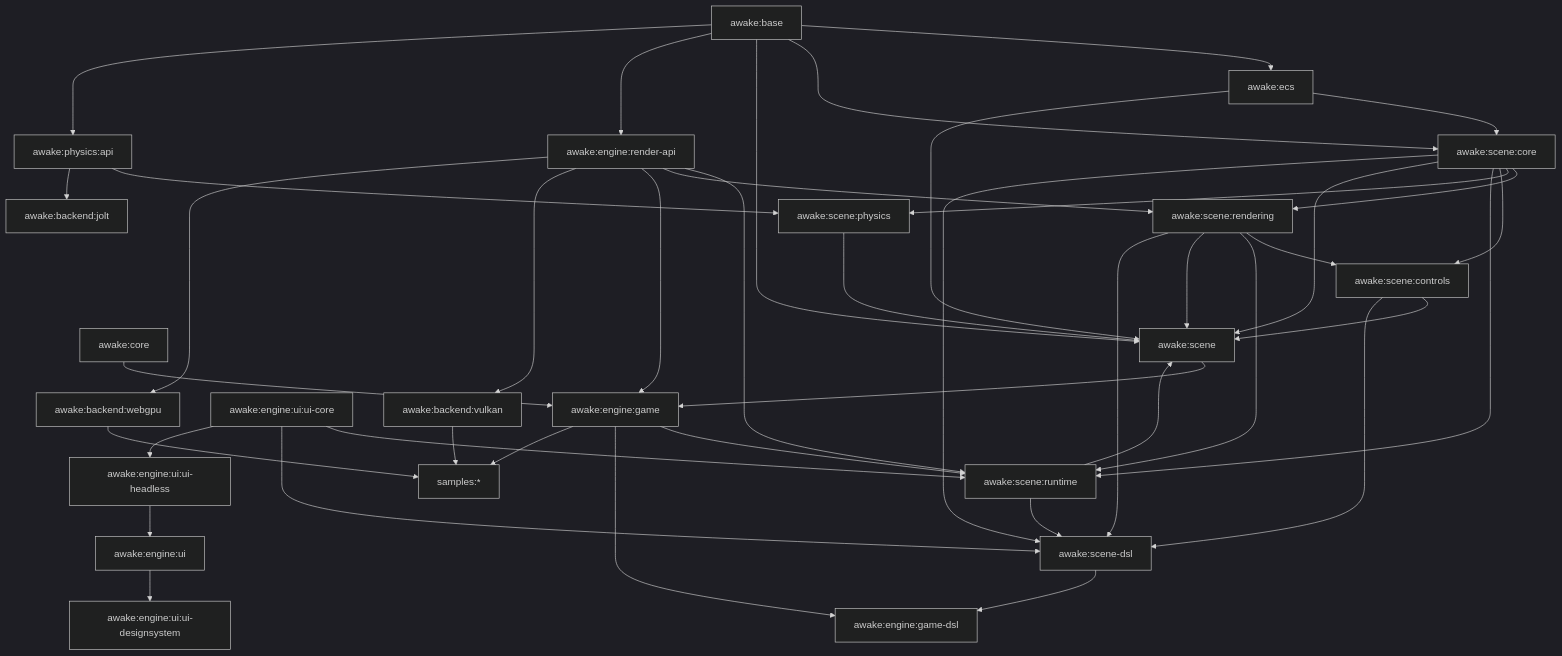
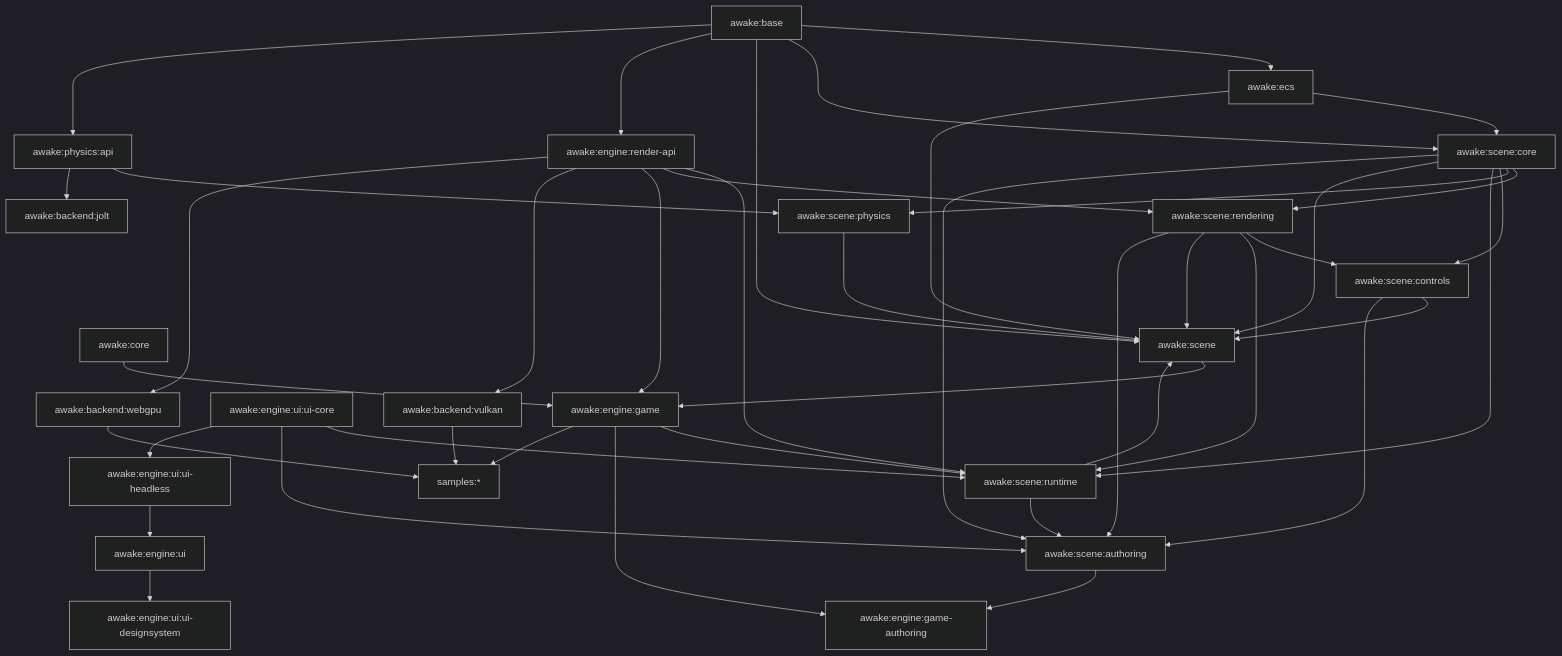
Before and after one commit to awakekt/awake: the diagram in docs/architecture.md, drawn with Mermaid (dark theme). The commit also changed other lines of this file and 1081 other files, not shown here.

````diff
--- a/docs/architecture.md
+++ b/docs/architecture.md
@@ -18,68 +18,68 @@
 ```mermaid
 flowchart TD
     base["awake:base"]
     core["awake:core"]
     ecs["awake:ecs"]
     scene["awake:scene"]
     sceneCore["awake:scene:core"]
     sceneControls["awake:scene:controls"]
     scenePhysics["awake:scene:physics"]
     sceneRendering["awake:scene:rendering"]
     sceneRuntime["awake:scene:runtime"]
-    sceneDsl["awake:scene-dsl"]
+    sceneDsl["awake:scene:authoring"]
     render["awake:engine:render-api"]
     game["awake:engine:game"]
-    gameDsl["awake:engine:game-dsl"]
+    gameDsl["awake:engine:game-authoring"]
     physicsApi["awake:physics:api"]
     jolt["awake:backend:jolt"]
     uiCore["awake:engine:ui:ui-core"]
     uiWidgets["awake:engine:ui:ui-headless"]
     ui["awake:engine:ui"]
     uiDs["awake:engine:ui:ui-designsystem"]
     vulkan["awake:backend:vulkan"]
     webgpu["awake:backend:webgpu"]
     samples["samples:*"]
 
     core --> game
     base --> ecs
     base --> sceneCore
     base --> scene
     base --> render
     base --> physicsApi
     ecs --> sceneCore
     ecs --> scene
     sceneCore --> sceneRendering
     sceneCore --> scenePhysics
     sceneCore --> sceneControls
     sceneRendering --> sceneControls
     sceneCore --> sceneRuntime
     sceneRendering --> sceneRuntime
     render --> sceneRuntime
     game --> sceneRuntime
     uiCore --> sceneRuntime
     render --> sceneRendering
     physicsApi --> scenePhysics
     sceneCore --> scene
     scenePhysics --> scene
     sceneRendering --> scene
     sceneControls --> scene
     sceneRuntime --> scene
     sceneCore --> sceneDsl
     sceneRendering --> sceneDsl
     sceneControls --> sceneDsl
     sceneRuntime --> sceneDsl
     uiCore --> sceneDsl
     render --> game
     scene --> game
     game --> gameDsl
     sceneDsl --> gameDsl
     physicsApi --> jolt
     uiCore --> uiWidgets
     uiWidgets --> ui
     ui --> uiDs
     game --> samples
     render --> vulkan
     render --> webgpu
     vulkan --> samples
     webgpu --> samples
 ```
````
